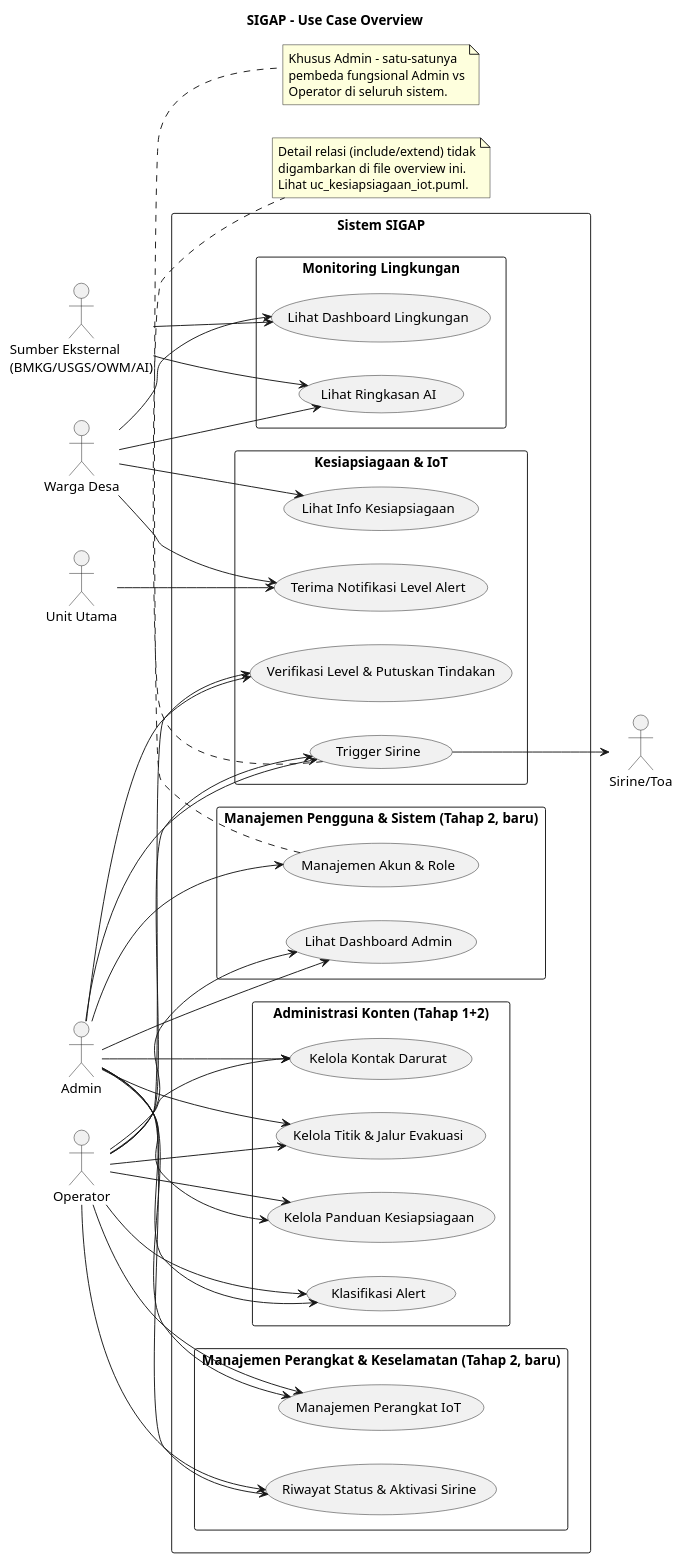
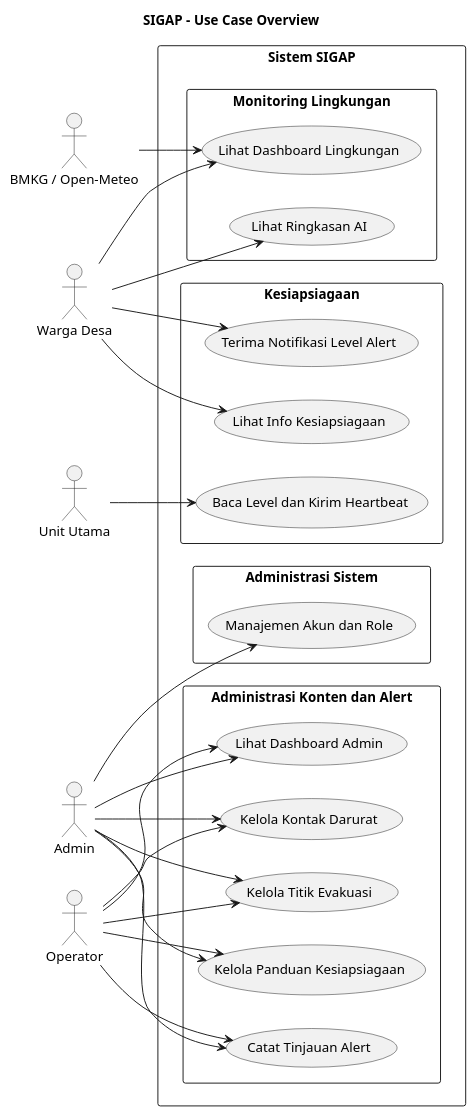
One commit to Vextronode/sigap_app changed the diagram in docs/business/usecase/uc_overview.puml. Above: the diagram before and after it, drawn with PlantUML. The commit also changed 251 other files, not shown here.

First line of the commit message:
SIGAP v1.1.0 - Integrasi SIDUTama, Peta Offline, dan Penguatan Alert (#129)

```diff
--- a/docs/business/usecase/uc_overview.puml
+++ b/docs/business/usecase/uc_overview.puml
@@ -1,87 +1,58 @@
 @startuml uc_overview
 left to right direction
 skinparam packageStyle rectangle
 title SIGAP - Use Case Overview
 
 actor "Warga Desa" as Warga
 actor "Admin" as Admin
 actor "Operator" as Operator
-actor "Sumber Eksternal\n(BMKG/USGS/OWM/AI)" as Ext
+actor "BMKG / Open-Meteo" as Ext
 actor "Unit Utama" as UU
-actor "Sirine/Toa" as Si
 
 rectangle "Sistem SIGAP" {
   package "Monitoring Lingkungan" {
     usecase "Lihat Dashboard Lingkungan" as UC1
     usecase "Lihat Ringkasan AI" as UC2
   }
 
-  package "Kesiapsiagaan & IoT" {
+  package "Kesiapsiagaan" {
     usecase "Lihat Info Kesiapsiagaan" as UC3
     usecase "Terima Notifikasi Level Alert" as UC4
-    usecase "Verifikasi Level & Putuskan Tindakan" as UC8
-    usecase "Trigger Sirine" as UC9
+    usecase "Baca Level dan Kirim Heartbeat" as UC5
   }
 
-  package "Administrasi Konten (Tahap 1+2)" {
+  package "Administrasi Konten dan Alert" {
     usecase "Kelola Kontak Darurat" as UC6
-    usecase "Kelola Titik & Jalur Evakuasi" as UC7
-    usecase "Kelola Panduan Kesiapsiagaan" as UC7b
-    usecase "Klasifikasi Alert" as UC8b
+    usecase "Kelola Titik Evakuasi" as UC7
+    usecase "Kelola Panduan Kesiapsiagaan" as UC8
+    usecase "Catat Tinjauan Alert" as UC9
+    usecase "Lihat Dashboard Admin" as UC10
   }
 
-  package "Manajemen Perangkat & Keselamatan (Tahap 2, baru)" {
-    usecase "Manajemen Perangkat IoT" as UC12
-    usecase "Riwayat Status & Aktivasi Sirine" as UC13
-  }
-
-  package "Manajemen Pengguna & Sistem (Tahap 2, baru)" {
-    usecase "Manajemen Akun & Role" as UC15
-    usecase "Lihat Dashboard Admin" as UC16
+  package "Administrasi Sistem" {
+    usecase "Manajemen Akun dan Role" as UC11
   }
 }
 
 Warga --> UC1
 Warga --> UC2
 Warga --> UC3
 Warga --> UC4
 
 Admin --> UC6
 Admin --> UC7
-Admin --> UC7b
-Admin --> UC8b
 Admin --> UC8
 Admin --> UC9
-Admin --> UC12
-Admin --> UC13
-Admin --> UC15
-Admin --> UC16
+Admin --> UC10
+Admin --> UC11
 
 Operator --> UC6
 Operator --> UC7
-Operator --> UC7b
-Operator --> UC8b
 Operator --> UC8
 Operator --> UC9
-Operator --> UC12
-Operator --> UC13
-Operator --> UC16
+Operator --> UC10
 
 Ext --> UC1
-Ext --> UC2
-UU --> UC4
-UC9 --> Si
-
-note bottom of UC9
-  Detail relasi (include/extend) tidak
-  digambarkan di file overview ini.
-  Lihat uc_kesiapsiagaan_iot.puml.
-end note
-
-note bottom of UC15
-  Khusus Admin - satu-satunya
-  pembeda fungsional Admin vs
-  Operator di seluruh sistem.
-end note
+UU --> UC5
 
 @enduml
```
